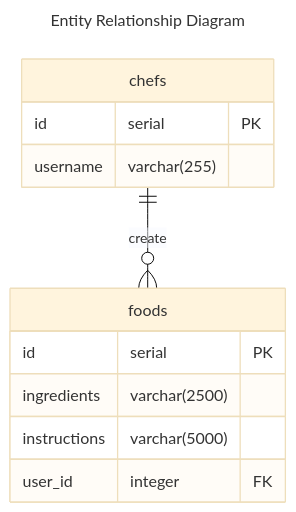
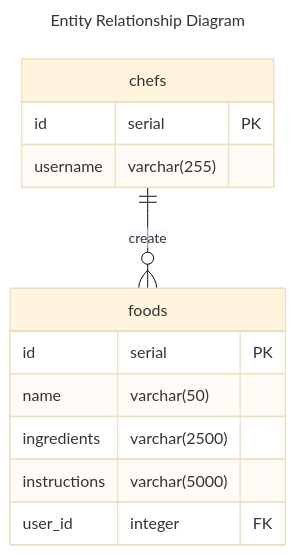
The diagram in README.md (anthonymeadows/practice), drawn with Mermaid (base theme) before and after one commit. The commit also changed 1 other file, not shown here.

````diff
--- a/README.md
+++ b/README.md
@@ -5,18 +5,19 @@
 ```mermaid
 ---
 title: Entity Relationship Diagram
 ---
 erDiagram
     chefs {
         id serial PK
         username varchar(255)
     }
     foods {
         id serial PK
+        name varchar(50)
         ingredients varchar(2500)
         instructions varchar(5000)
         user_id integer FK
     }
 
     chefs ||--o{ foods : create
 ```
````
